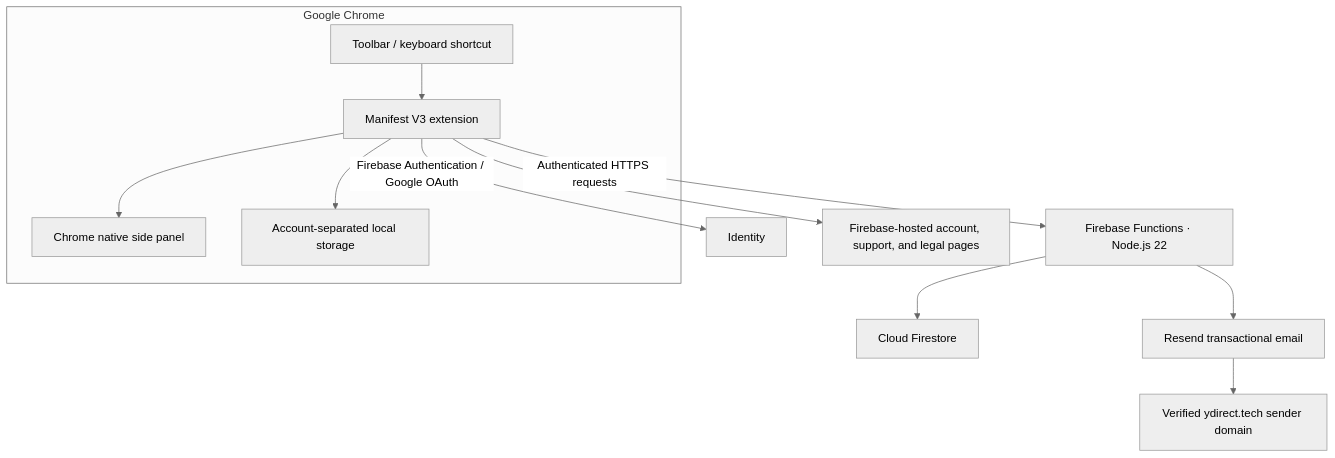
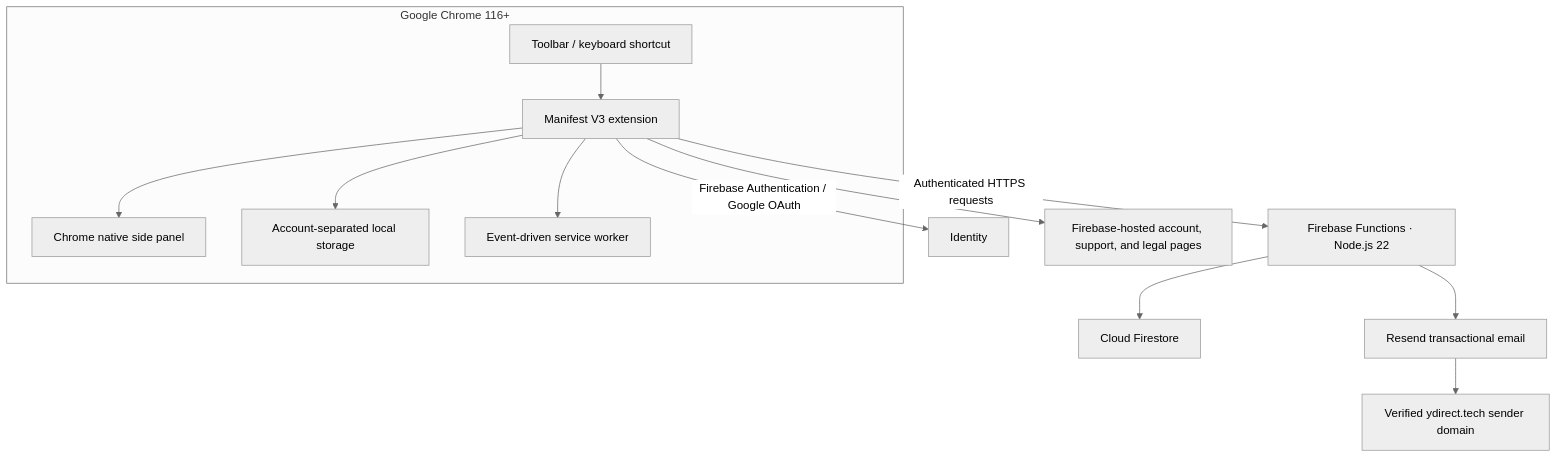
Before and after one commit to abhay-yemekar/ydirect: the diagram in docs/ARCHITECTURE.md, drawn with Mermaid (neutral theme). The commit also changed other lines of this file and 26 other files, not shown here.

````diff
--- a/docs/ARCHITECTURE.md
+++ b/docs/ARCHITECTURE.md
@@ -7,15 +7,16 @@
 ```mermaid
 flowchart TB
-    subgraph Browser["Google Chrome"]
+    subgraph Browser["Google Chrome 116+"]
         T["Toolbar / keyboard shortcut"] --> M["Manifest V3 extension"]
         M --> P["Chrome native side panel"]
         M --> S["Account-separated local storage"]
+        M --> W["Event-driven service worker"]
     end
 
     M -->|"Firebase Authentication / Google OAuth"| I["Identity"]
     M -->|"Authenticated HTTPS requests"| F["Firebase Functions · Node.js 22"]
     F --> D["Cloud Firestore"]
     F --> R["Resend transactional email"]
     M --> H["Firebase-hosted account, support, and legal pages"]
     R --> C["Verified ydirect.tech sender domain"]
 ```
````
